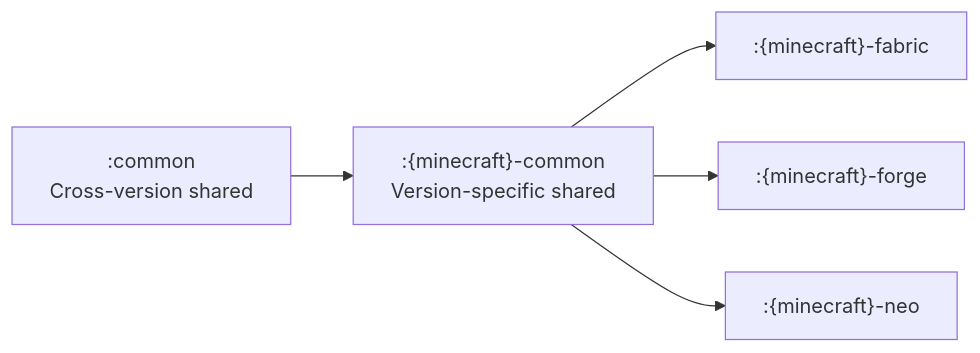
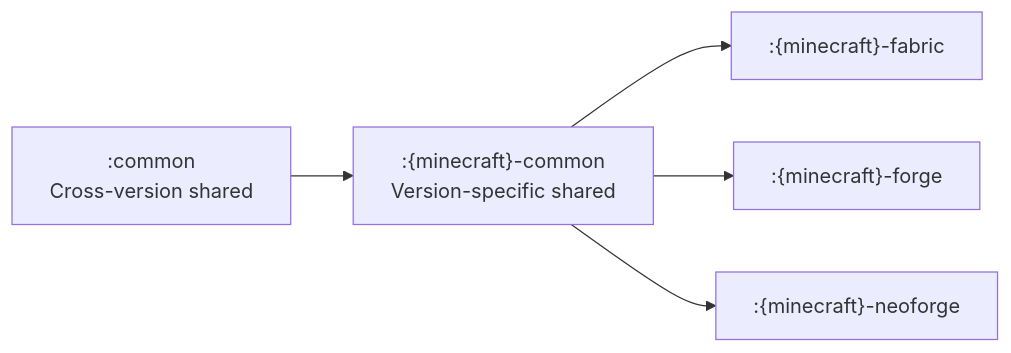
One commit to Meatwo310/forge-1.20.1-47.4.0-template changed the first of 2 diagrams in docs/README.md. Above: the diagram before and after it, drawn with Mermaid. The commit also changed other lines of this file and 47 other files, not shown here.

````diff
--- a/docs/README.md
+++ b/docs/README.md
@@ -53,14 +53,14 @@
 ```mermaid
 flowchart LR
     shared[":common<br/>Cross-version shared"]
     version[":{minecraft}-common<br/>Version-specific shared"]
 
     fabric[":{minecraft}-fabric"]
     forge[":{minecraft}-forge"]
-    neo[":{minecraft}-neo"]
+    neoforge[":{minecraft}-neoforge"]
 
     shared --> version
     version --> fabric
     version --> forge
-    version --> neo
+    version --> neoforge
 ```
````
